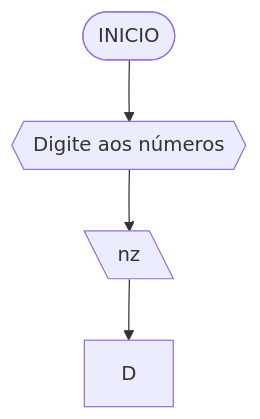
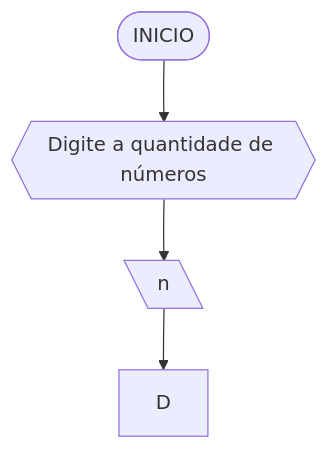
Before and after one commit to MozillaFirefox/UNIFOR: diagram 14 of 22 in codigos.md, drawn with Mermaid. The commit also changed other lines of this file, not shown here.

````diff
--- a/codigos.md
+++ b/codigos.md
@@ -660,7 +660,7 @@
 ```mermaid
 flowchart TD
-A([INICIO]) --> B{{Digite aos números}}
-B-->C[\nz\]
+A([INICIO]) --> B{{Digite a quantidade de números}}
+B-->C[\n\]
 C-->D
 
 ```
````
